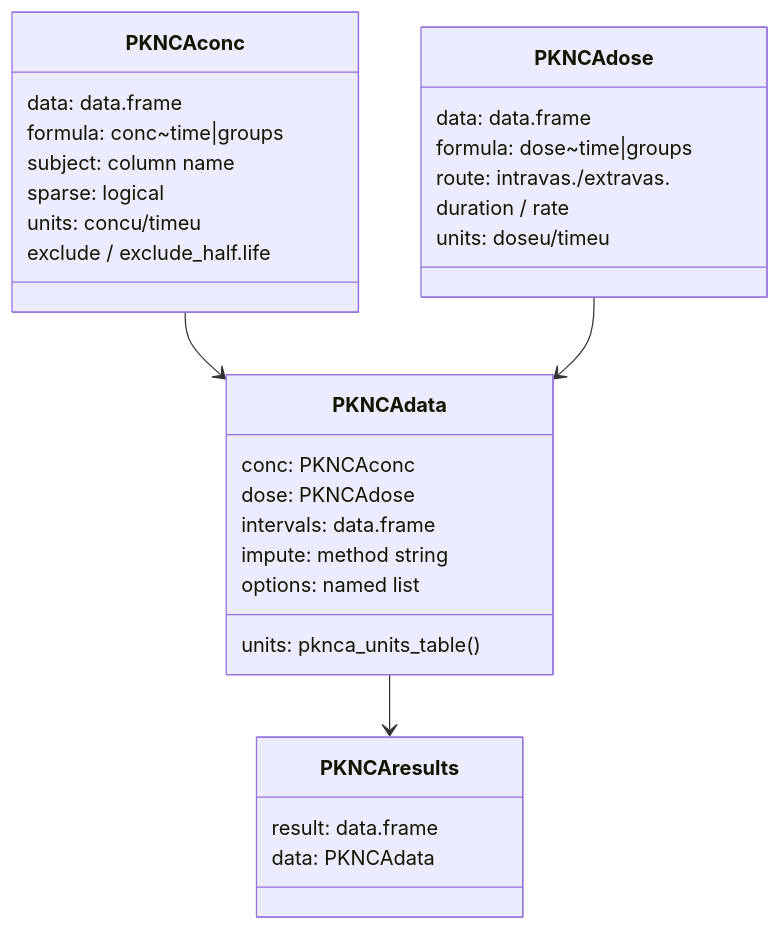
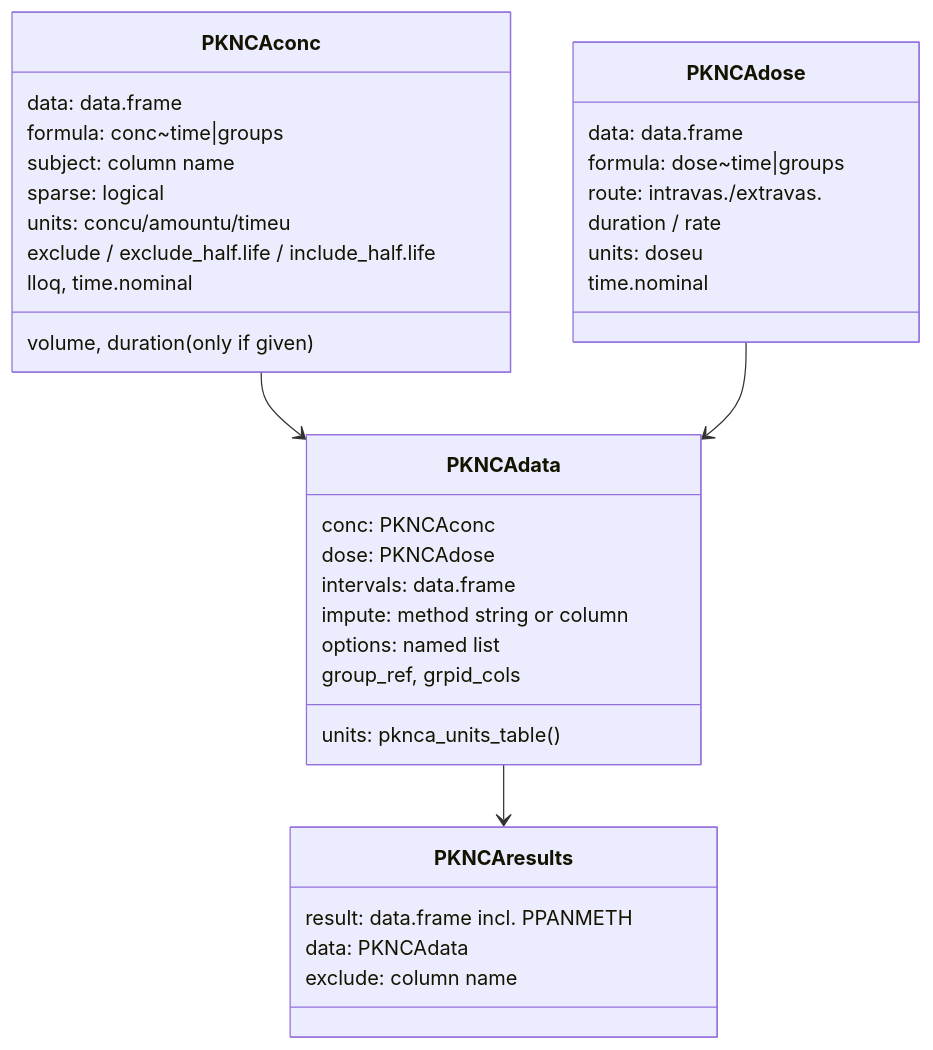
The first of 2 diagrams in dev/architecture.qmd (humanpred/pknca-book), drawn with Mermaid before and after one commit. The commit also changed other lines of this file and 7 other files, not shown here.

Commit message:
docs: update half-life, AUC, interpolation, utilities, custom parameters, validation, and developer chapters

````diff
--- a/dev/architecture.qmd
+++ b/dev/architecture.qmd
@@ -15,34 +15,39 @@
 ```{mermaid}
 classDiagram
     class PKNCAconc {
         data: data.frame
         formula: conc~time|groups
         subject: column name
         sparse: logical
-        units: concu/timeu
-        exclude / exclude_half.life
+        units: concu/amountu/timeu
+        exclude / exclude_half.life / include_half.life
+        lloq, time.nominal
+        volume, duration (only if given)
     }
     class PKNCAdose {
         data: data.frame
         formula: dose~time|groups
         route: intravas./extravas.
         duration / rate
-        units: doseu/timeu
+        units: doseu
+        time.nominal
     }
     class PKNCAdata {
         conc: PKNCAconc
         dose: PKNCAdose
         intervals: data.frame
-        impute: method string
+        impute: method string or column
         units: pknca_units_table()
         options: named list
+        group_ref, grpid_cols
     }
     class PKNCAresults {
-        result: data.frame
+        result: data.frame incl. PPANMETH
         data: PKNCAdata
+        exclude: column name
     }
 
     PKNCAconc --> PKNCAdata
     PKNCAdose --> PKNCAdata
     PKNCAdata --> PKNCAresults
 ```
````
